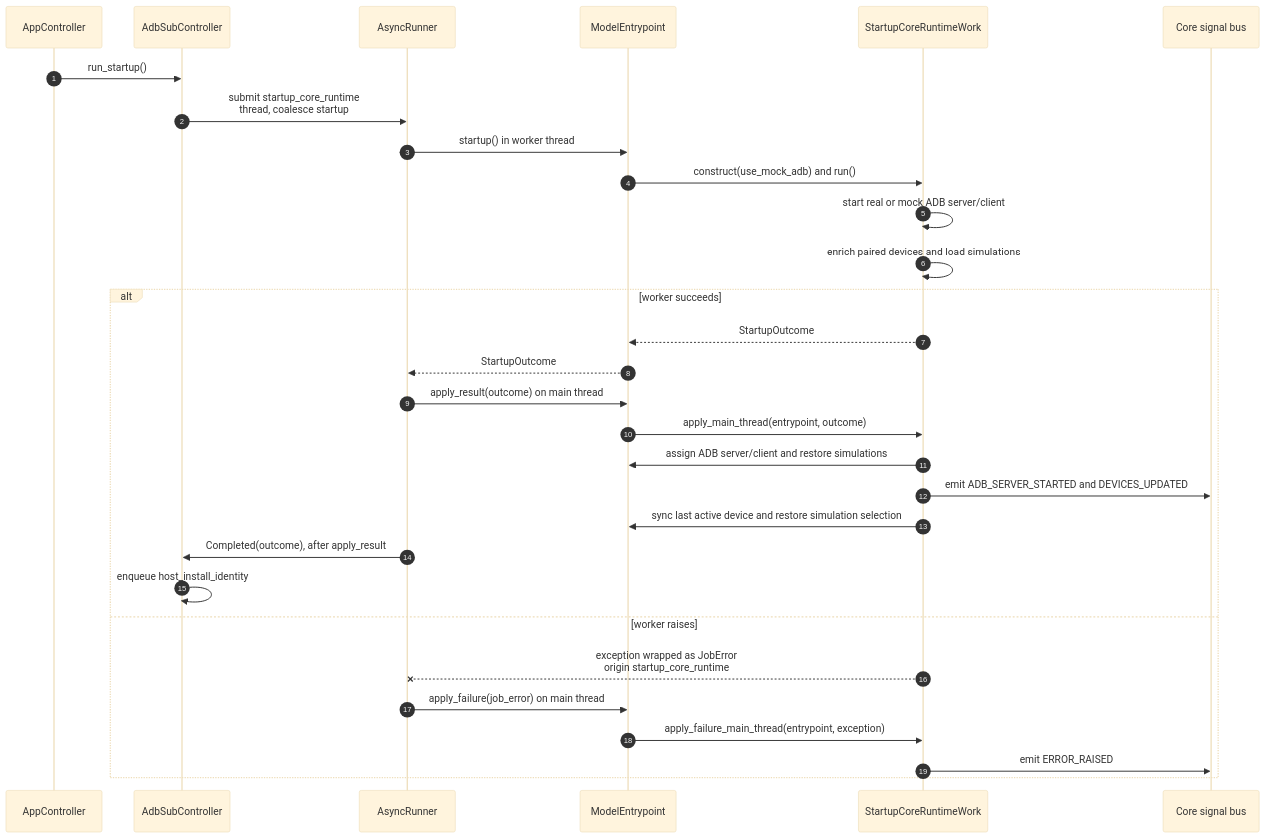
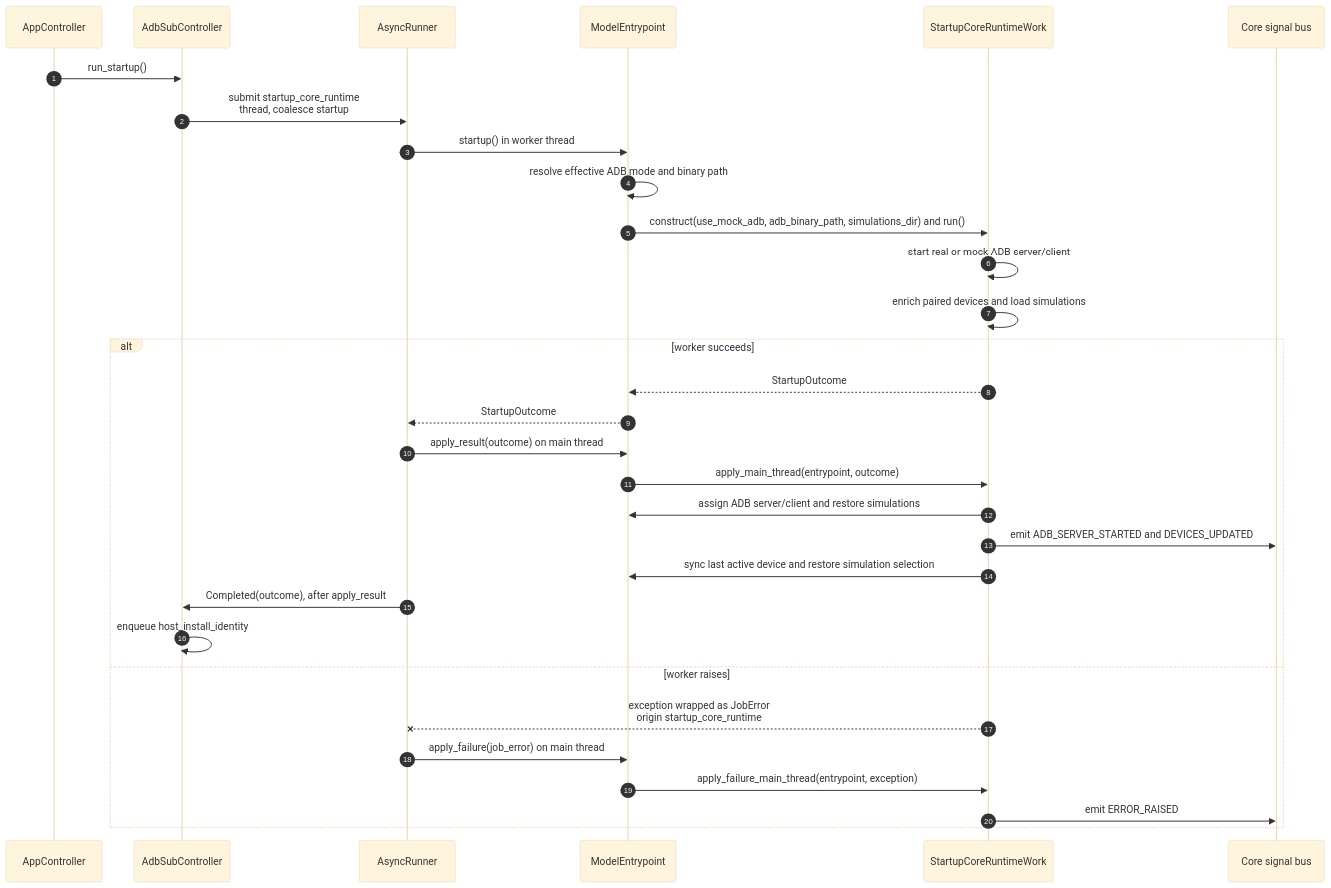
Before and after one commit to LeoooJR/AROW: the diagram in src/core/work/startup_work.md, drawn with Mermaid (base theme). The commit also changed 10 other files, not shown here.

Commit message:
Centralize mock ADB path resolution and runtime selection

````diff
--- a/src/core/work/startup_work.md
+++ b/src/core/work/startup_work.md
@@ -8,33 +8,34 @@
 ```mermaid
 sequenceDiagram
     autonumber
     participant App as AppController
     participant Controller as AdbSubController
     participant Runner as AsyncRunner
     participant Entrypoint as ModelEntrypoint
     participant Work as StartupCoreRuntimeWork
     participant Bus as Core signal bus
 
     App->>Controller: run_startup()
     Controller->>Runner: submit startup_core_runtime<br/>thread, coalesce startup
     Runner->>Entrypoint: startup() in worker thread
-    Entrypoint->>Work: construct(use_mock_adb) and run()
+    Entrypoint->>Entrypoint: resolve effective ADB mode and binary path
+    Entrypoint->>Work: construct(use_mock_adb, adb_binary_path, simulations_dir) and run()
     Work->>Work: start real or mock ADB server/client
     Work->>Work: enrich paired devices and load simulations
     alt worker succeeds
         Work-->>Entrypoint: StartupOutcome
         Entrypoint-->>Runner: StartupOutcome
         Runner->>Entrypoint: apply_result(outcome) on main thread
         Entrypoint->>Work: apply_main_thread(entrypoint, outcome)
         Work->>Entrypoint: assign ADB server/client and restore simulations
         Work->>Bus: emit ADB_SERVER_STARTED and DEVICES_UPDATED
         Work->>Entrypoint: sync last active device and restore simulation selection
         Runner->>Controller: Completed(outcome), after apply_result
         Controller->>Controller: enqueue host_install_identity
     else worker raises
         Work--xRunner: exception wrapped as JobError<br/>origin startup_core_runtime
         Runner->>Entrypoint: apply_failure(job_error) on main thread
         Entrypoint->>Work: apply_failure_main_thread(entrypoint, exception)
         Work->>Bus: emit ERROR_RAISED
     end
 ```
````
